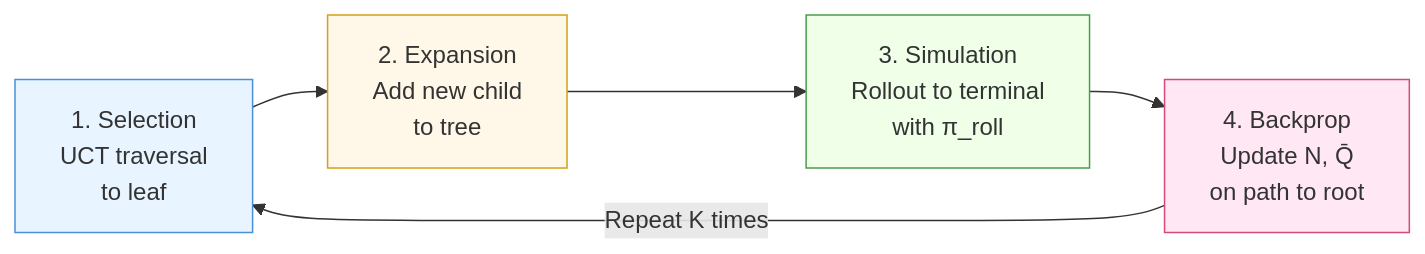
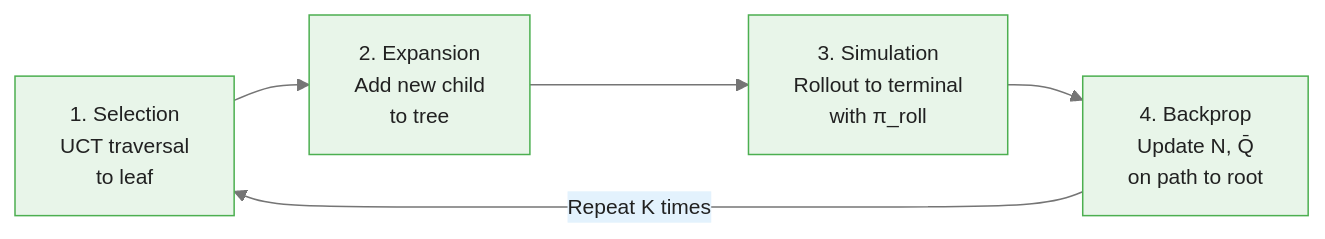
The diagram in courses/reinforcement-learning/modules/module_08_model_based_rl/guides/02_dyna_and_mcts_slides.md (m-deane/course-creator), drawn with Mermaid before and after one commit. The commit also changed other lines of this file and 131 other files, not shown here.

````diff
--- a/courses/reinforcement-learning/modules/module_08_model_based_rl/guides/02_dyna_and_mcts_slides.md
+++ b/courses/reinforcement-learning/modules/module_08_model_based_rl/guides/02_dyna_and_mcts_slides.md
@@ -163,12 +183,9 @@
 ```mermaid
+%%{init: {"theme": "base", "themeVariables": {"primaryColor": "#e8f5e9", "primaryBorderColor": "#4caf50", "primaryTextColor": "#212121", "secondaryColor": "#e3f2fd", "tertiaryColor": "#fff8e1", "lineColor": "#757575", "fontFamily": "Inter, sans-serif", "fontSize": "14px"}}}%%
 flowchart LR
     S1["1. Selection\nUCT traversal\nto leaf"] --> S2["2. Expansion\nAdd new child\nto tree"]
     S2 --> S3["3. Simulation\nRollout to terminal\nwith π_roll"]
     S3 --> S4["4. Backprop\nUpdate N, Q̄\non path to root"]
     S4 -->|"Repeat K times"| S1
 
-    style S1 fill:#e8f4ff,stroke:#4A90D9
-    style S2 fill:#fff8e8,stroke:#D4A017
-    style S3 fill:#f0ffe8,stroke:#4A9D4A
-    style S4 fill:#ffe8f4,stroke:#D44A7A
 ```
````
